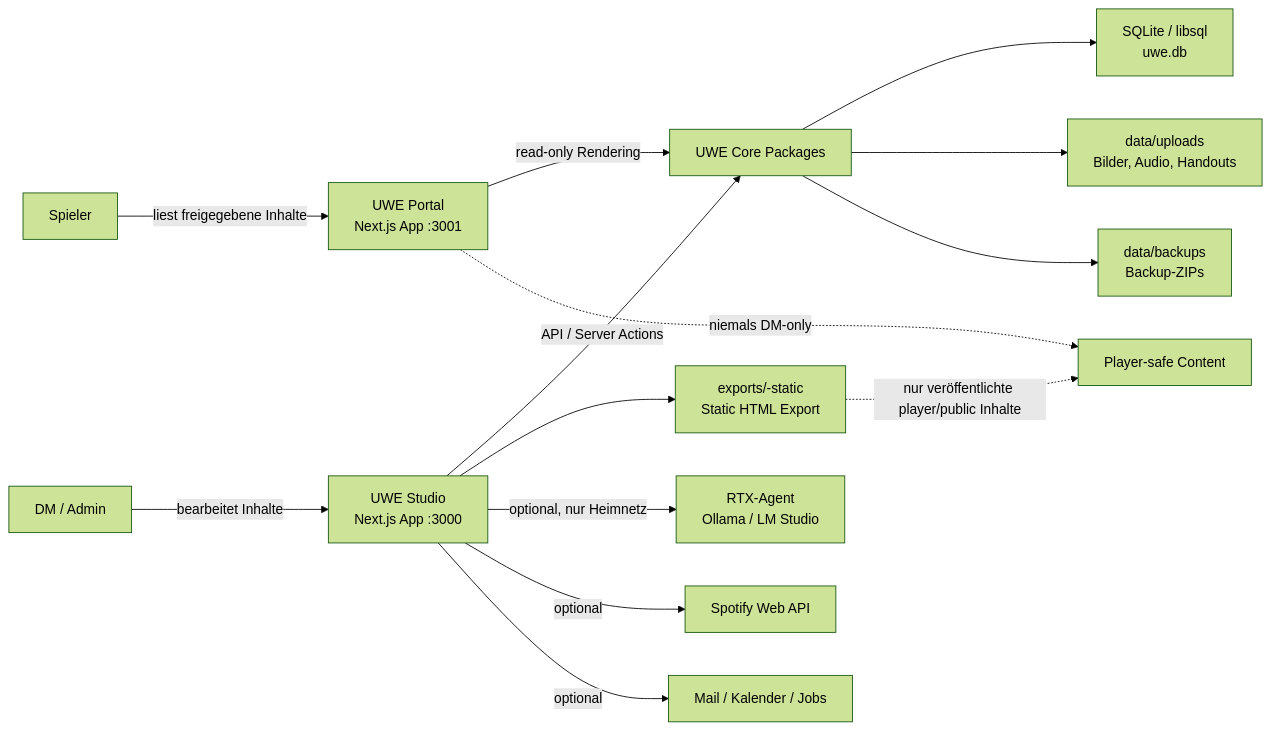
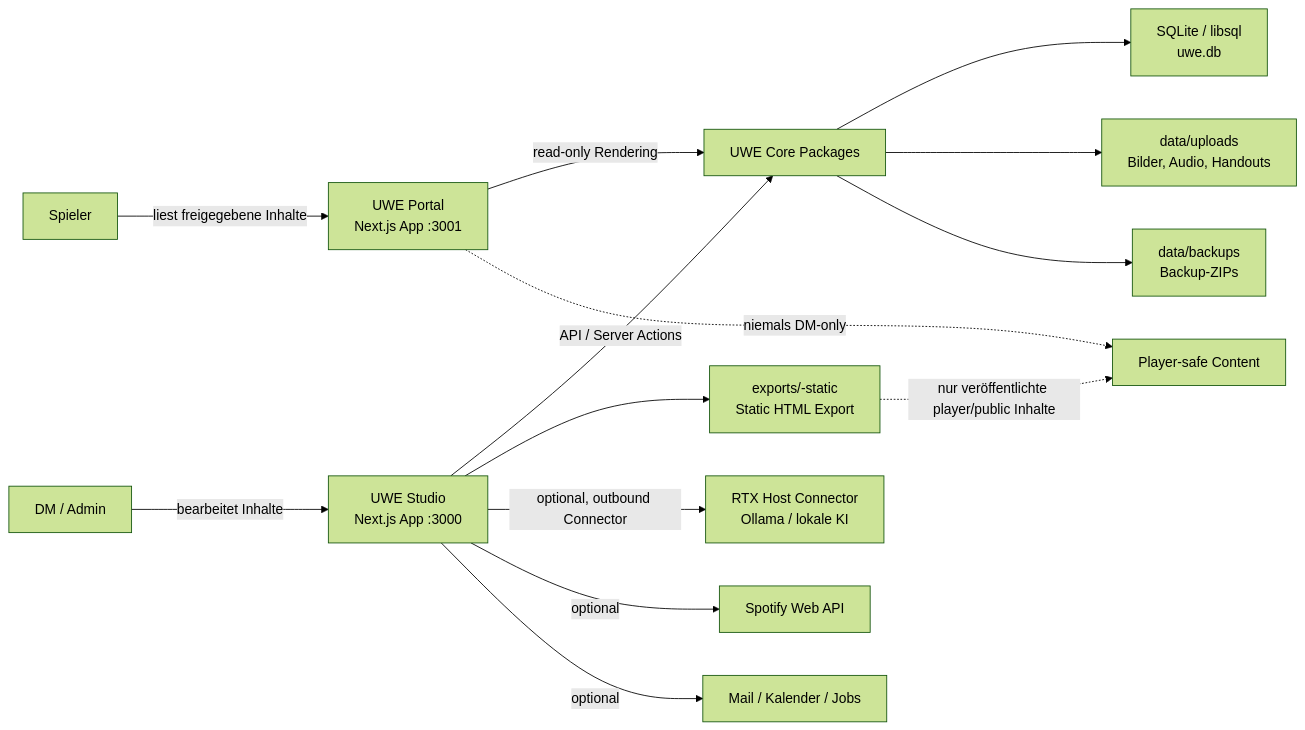
One commit to Nehmo101/UWE changed the second of 6 diagrams in docs/ARCHITECTURE.md. Above: the diagram before and after it, drawn with Mermaid (forest theme). The commit also changed other lines of this file and 24 other files, not shown here.

````diff
--- a/docs/ARCHITECTURE.md
+++ b/docs/ARCHITECTURE.md
@@ -51,20 +51,20 @@
 ```mermaid
 flowchart LR
   DM["DM / Admin"] -->|bearbeitet Inhalte| Studio["UWE Studio<br/>Next.js App :3000"]
   Player["Spieler"] -->|liest freigegebene Inhalte| Portal["UWE Portal<br/>Next.js App :3001"]
 
   Studio -->|API / Server Actions| Core["UWE Core Packages"]
   Portal -->|read-only Rendering| Core
 
   Core --> Database["SQLite / libsql<br/>uwe.db"]
   Core --> Uploads["data/uploads<br/>Bilder, Audio, Handouts"]
   Core --> Backups["data/backups<br/>Backup-ZIPs"]
   Studio --> Exports["exports/<world>-static<br/>Static HTML Export"]
 
-  Studio -->|optional, nur Heimnetz| RTX["RTX-Agent<br/>Ollama / LM Studio"]
+  Studio -->|optional, outbound Connector| RTX["RTX Host Connector<br/>Ollama / lokale KI"]
   Studio -->|optional| Spotify["Spotify Web API"]
   Studio -->|optional| MailCalendar["Mail / Kalender / Jobs"]
 
   Portal -.->|niemals DM-only| PlayerSafe["Player-safe Content"]
   Exports -.->|nur veröffentlichte player/public Inhalte| PlayerSafe
 ```
````
